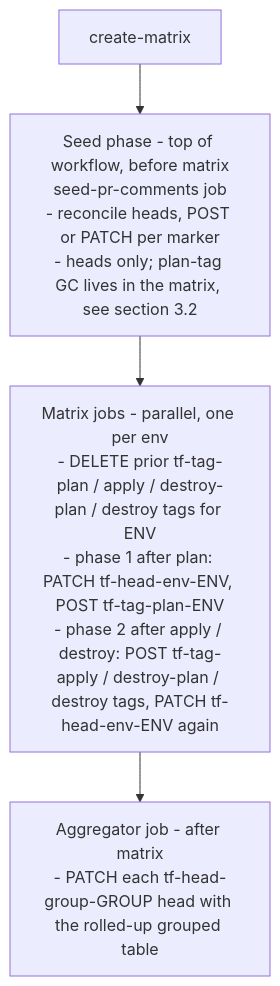
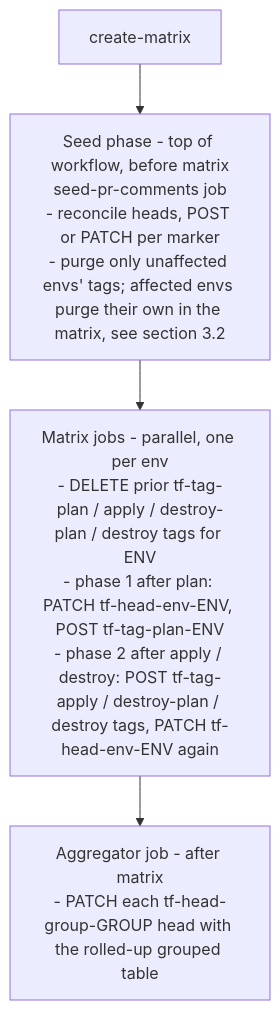
Before and after one commit to dsb-norge/github-actions-terraform: the first of 2 diagrams in docs/Workflow-pr-comments.md, drawn with Mermaid. The commit also changed other lines of this file and 5 other files, not shown here.

````diff
--- a/docs/Workflow-pr-comments.md
+++ b/docs/Workflow-pr-comments.md
@@ -44,9 +44,9 @@
 ```mermaid
 flowchart TD
     cm["create-matrix"]
-    seed["Seed phase - top of workflow, before matrix<br>seed-pr-comments job<br>- reconcile heads, POST or PATCH per marker<br>- heads only; plan-tag GC lives in the matrix, see section 3.2"]
+    seed["Seed phase - top of workflow, before matrix<br>seed-pr-comments job<br>- reconcile heads, POST or PATCH per marker<br>- purge only unaffected envs' tags; affected envs purge their own in the matrix, see section 3.2"]
     matrix["Matrix jobs - parallel, one per env<br>- DELETE prior tf-tag-plan / apply / destroy-plan / destroy tags for ENV<br>- phase 1 after plan: PATCH tf-head-env-ENV, POST tf-tag-plan-ENV<br>- phase 2 after apply / destroy: POST tf-tag-apply / destroy-plan / destroy tags, PATCH tf-head-env-ENV again"]
     agg["Aggregator job - after matrix<br>- PATCH each tf-head-group-GROUP head with the rolled-up grouped table"]
 
     cm --> seed --> matrix --> agg
 ```
````
